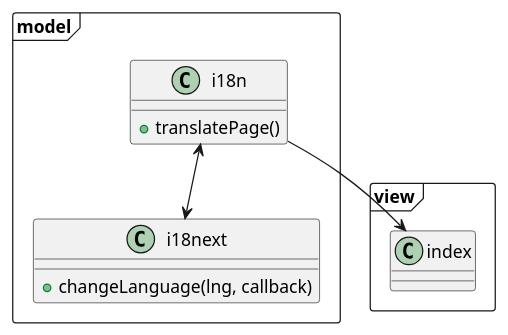
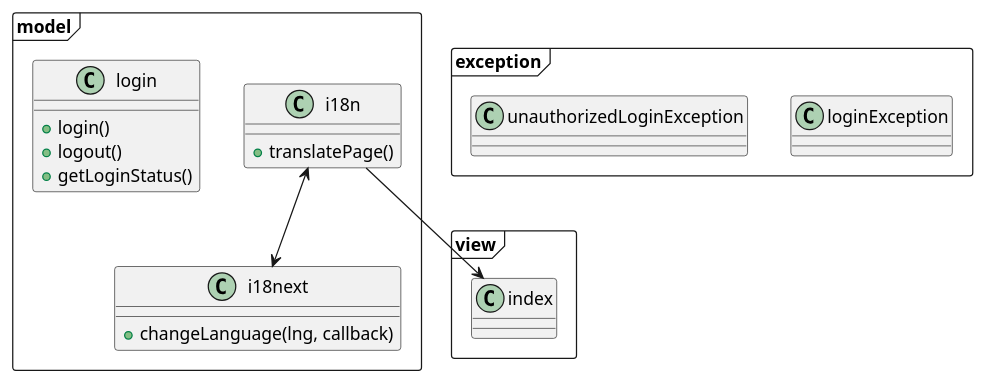
The diagram in src/diagrams/classDiagram.puml (CPNV-RIA1/RentABike), drawn with PlantUML before and after one commit.

Commit message:
feat : Add login and exception in diagram

```diff
--- a/src/diagrams/classDiagram.puml
+++ b/src/diagrams/classDiagram.puml
@@ -1,21 +1,31 @@
 @startuml
 'https://plantuml.com/class-diagram
 
 
 package model <<Frame>> {
   class i18n {
     + translatePage()
   }
   class i18next {
     + changeLanguage(lng, callback)
   }
+  class login {
+    + login()
+    + logout()
+    + getLoginStatus()
+  }
 }
 
 i18n <--> i18next
 package view <<Frame>> {
     class index {
     }
 }
 i18n --> index
 
+package exception <<Frame>> {
+  class loginException {
+  }
+  class unauthorizedLoginException {
+  }
 @enduml
```
